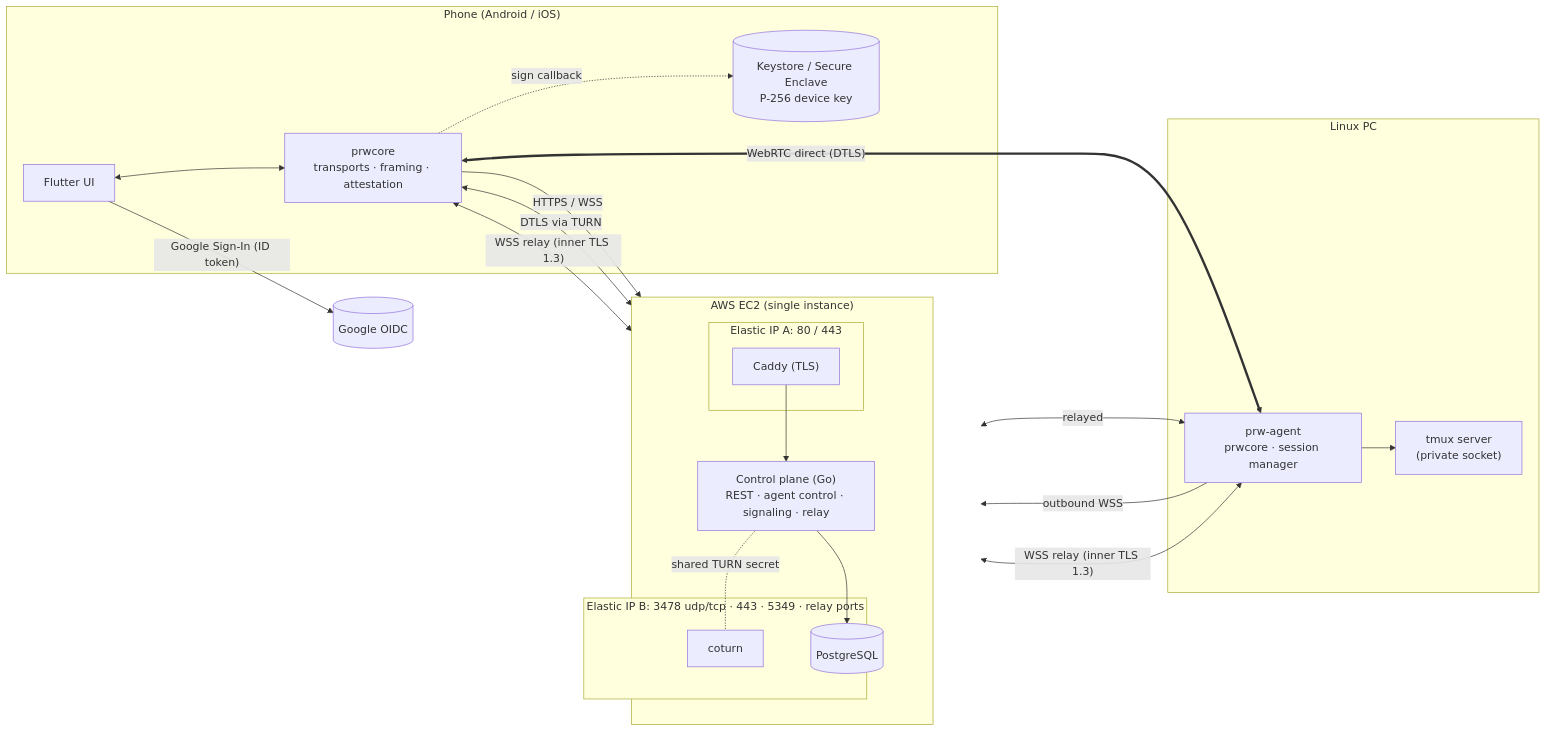
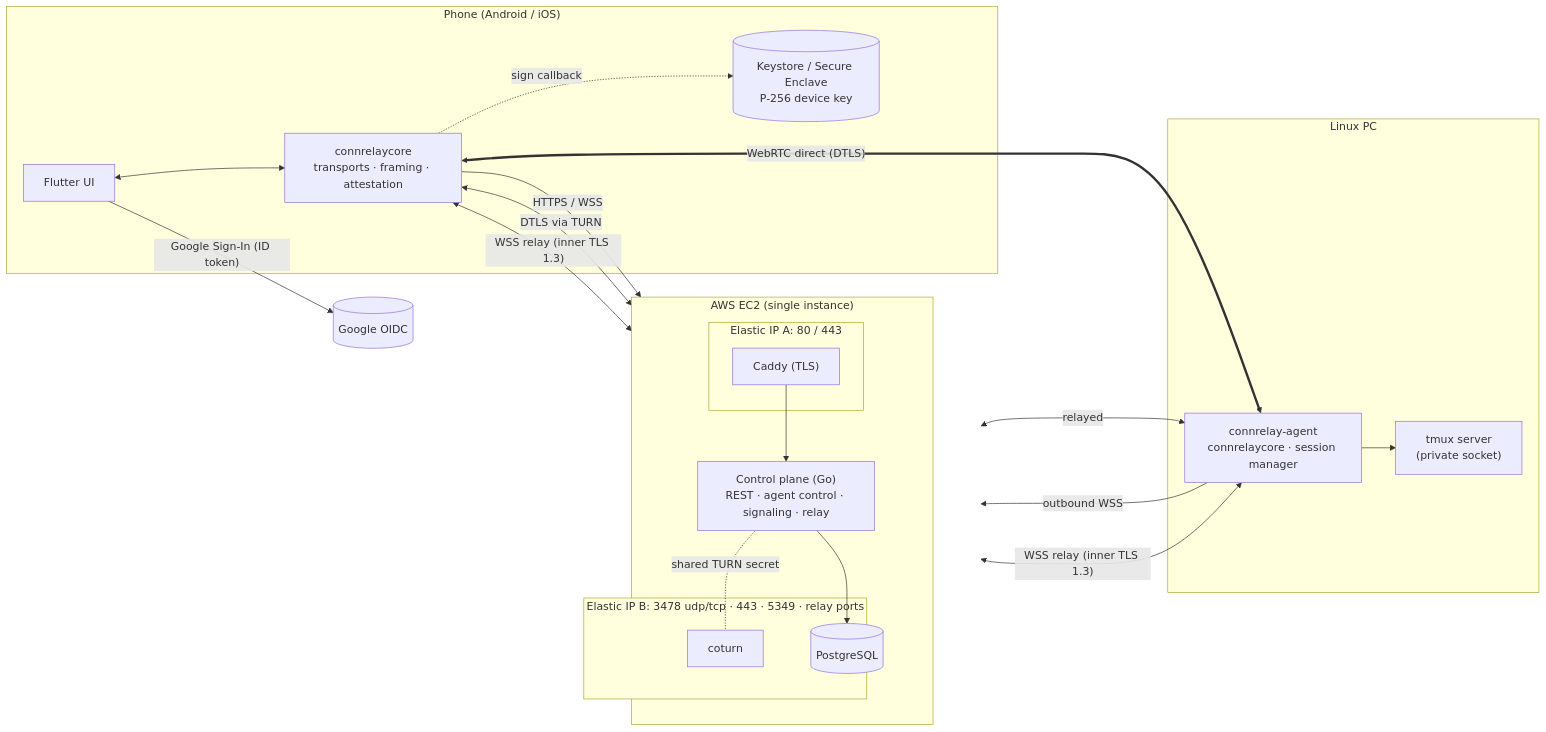
One commit to rohansen856/ConnRelay changed the first of 7 diagrams in docs/architecture/overview.md. Above: the diagram before and after it, drawn with Mermaid. The commit also changed other lines of this file and 17 other files, not shown here.

````diff
--- a/docs/architecture/overview.md
+++ b/docs/architecture/overview.md
@@ -43,40 +43,40 @@
 ```mermaid
 flowchart LR
   subgraph Phone["Phone (Android / iOS)"]
     UI["Flutter UI"]
-    CORE_P["prwcore<br/>transports · framing · attestation"]
+    CORE_P["connrelaycore<br/>transports · framing · attestation"]
     KS[("Keystore / Secure Enclave<br/>P-256 device key")]
     UI <--> CORE_P
     CORE_P -. "sign callback" .-> KS
   end
 
   subgraph EC2["AWS EC2 (single instance)"]
     direction TB
     subgraph EIPA["Elastic IP A: 80 / 443"]
       CADDY["Caddy (TLS)"]
     end
     CTRL["Control plane (Go)<br/>REST · agent control · signaling · relay"]
     PG[("PostgreSQL")]
     subgraph EIPB["Elastic IP B: 3478 udp/tcp · 443 · 5349 · relay ports"]
       TURN["coturn"]
     end
     CADDY --> CTRL --> PG
     CTRL -. "shared TURN secret" .- TURN
   end
 
   subgraph Host["Linux PC"]
-    AGENT["prw-agent<br/>prwcore · session manager"]
+    AGENT["connrelay-agent<br/>connrelaycore · session manager"]
     TMUX["tmux server<br/>(private socket)"]
     AGENT --> TMUX
   end
 
   GOOGLE[("Google OIDC")]
   UI -- "Google Sign-In (ID token)" --> GOOGLE
   CORE_P -- "HTTPS / WSS" --> CADDY
   AGENT -- "outbound WSS" --> CADDY
   CORE_P <== "WebRTC direct (DTLS)" ==> AGENT
   CORE_P <-- "DTLS via TURN" --> TURN
   TURN <-- "relayed" --> AGENT
   CORE_P <-- "WSS relay (inner TLS 1.3)" --> CADDY
   AGENT <-- "WSS relay (inner TLS 1.3)" --> CADDY
 ```
````
